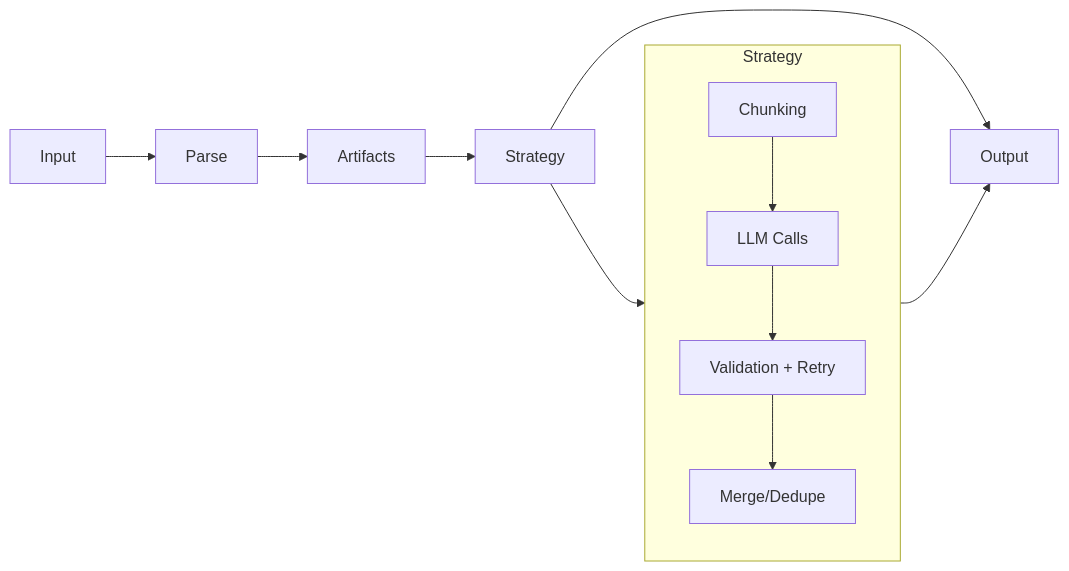
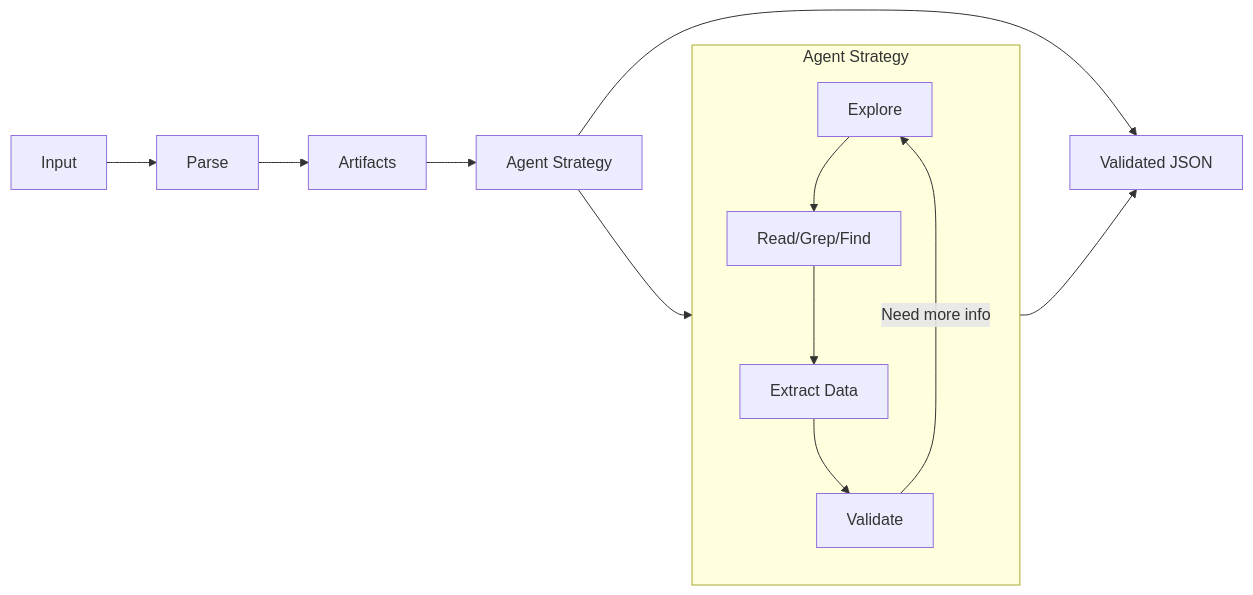
The diagram in README.md (mateffy/struktur), drawn with Mermaid before and after one commit. The commit also changed other lines of this file and 36 other files, not shown here.

````diff
--- a/README.md
+++ b/README.md
@@ -194,16 +200,17 @@
 ```mermaid
 flowchart LR
     A[Input] --> B[Parse]
     B --> C[Artifacts]
-    C --> D[Strategy]
-    D --> E[Output]
+    C --> D[Agent Strategy]
+    D --> E[Validated JSON]
     
-    subgraph StrategyInternals [Strategy]
+    subgraph Agent [Agent Strategy]
         direction TB
-        D1[Chunking] --> D2[LLM Calls]
-        D2 --> D3[Validation + Retry]
-        D3 --> D4[Merge/Dedupe]
+        A1[Explore] --> A2[Read/Grep/Find]
+        A2 --> A3[Extract Data]
+        A3 --> A4[Validate]
+        A4 -->|Need more info| A1
     end
     
-    D --> StrategyInternals --> E
+    D --> Agent --> E
 ```
````
